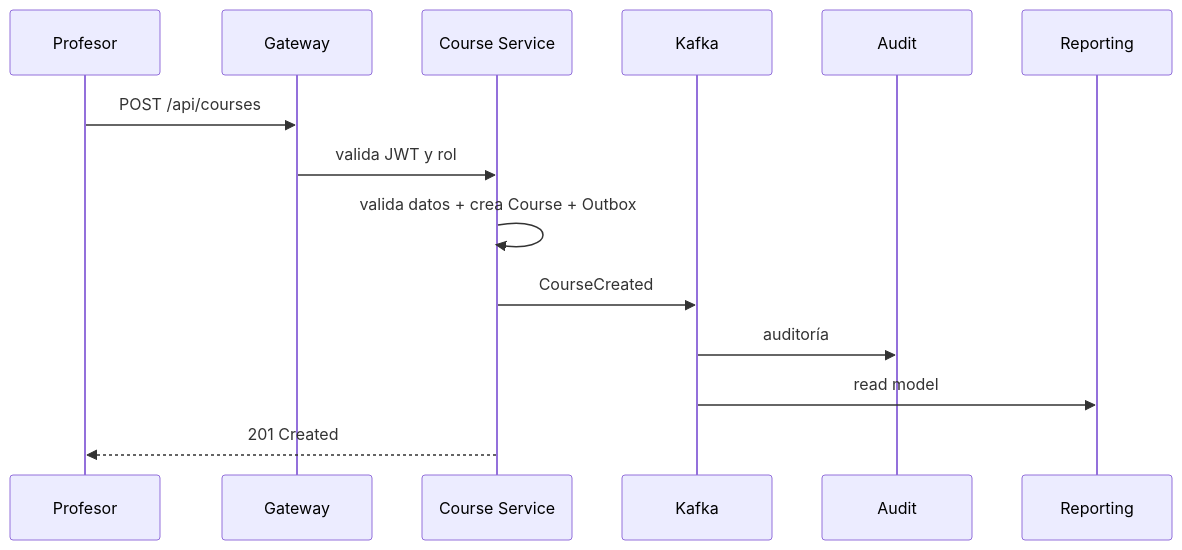
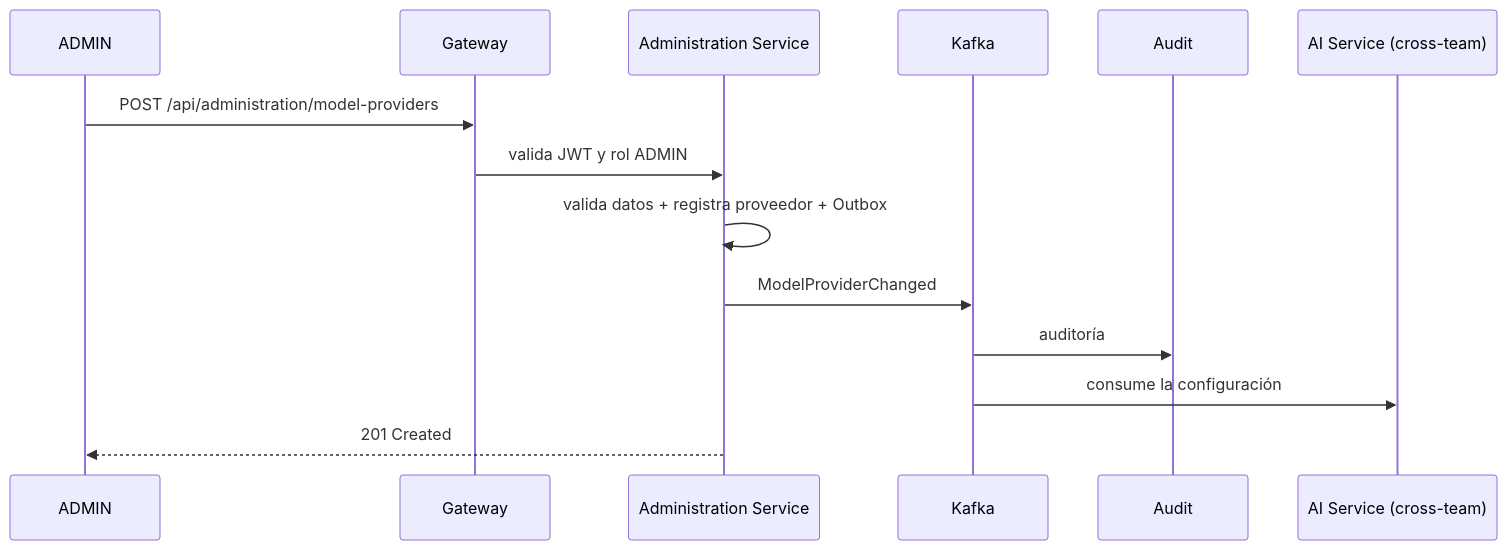
Before and after one commit to 2W2-114324-Carballo-Juarez-Mateo/backoffice-docs: the fifth of 6 diagrams in docs/backend/arquitectura/comunicacion.md, drawn with Mermaid. The commit also changed other lines of this file and 13 other files, not shown here.

Commit message:
docs: alinear alcance al BackOffice oficial (4 servicios: Identity&Access, Administration&Configuration, Reporting&Analytics, Audit) — sin cursos/desafíos/usuarios/avatar

````diff
--- a/docs/backend/arquitectura/comunicacion.md
+++ b/docs/backend/arquitectura/comunicacion.md
@@ -126,17 +139,17 @@
 ```mermaid
 sequenceDiagram
-    participant P as Profesor
+    participant A as ADMIN
     participant GW as Gateway
-    participant CS as Course Service
+    participant AD as Administration Service
     participant K as Kafka
     participant AU as Audit
-    participant RP as Reporting
+    participant AI as AI Service (cross-team)
 
-    P->>GW: POST /api/courses
-    GW->>CS: valida JWT y rol
-    CS->>CS: valida datos + crea Course + Outbox
-    CS->>K: CourseCreated
+    A->>GW: POST /api/administration/model-providers
+    GW->>AD: valida JWT y rol ADMIN
+    AD->>AD: valida datos + registra proveedor + Outbox
+    AD->>K: ModelProviderChanged
     K->>AU: auditoría
-    K->>RP: read model
-    CS-->>P: 201 Created
+    K->>AI: consume la configuración
+    AD-->>A: 201 Created
 ```
````
